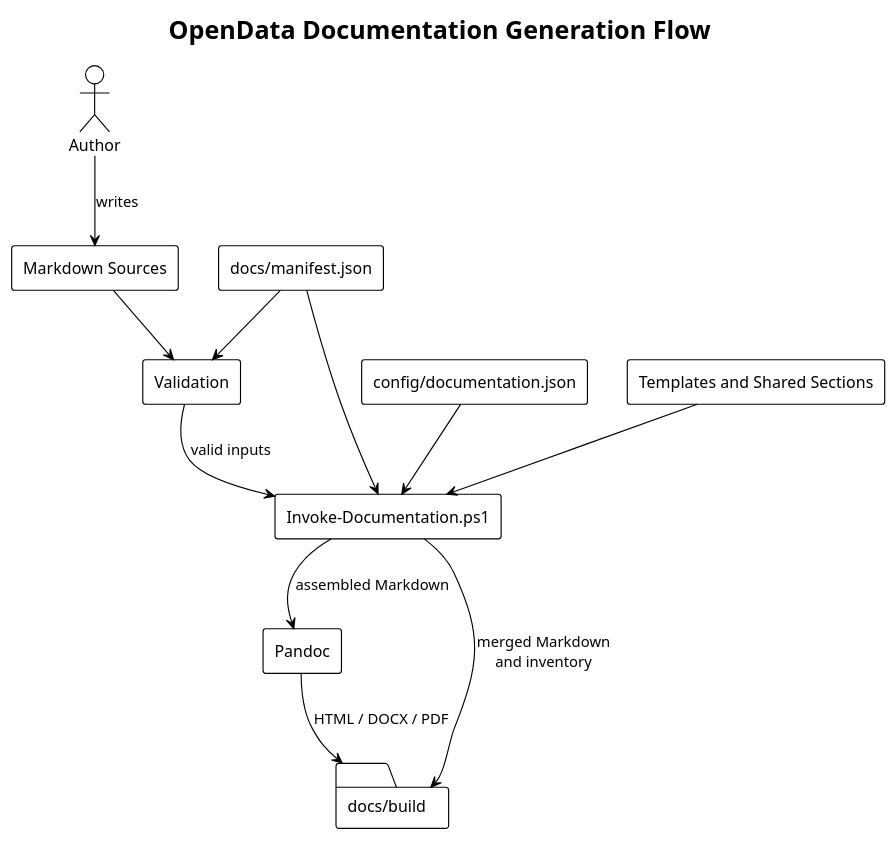
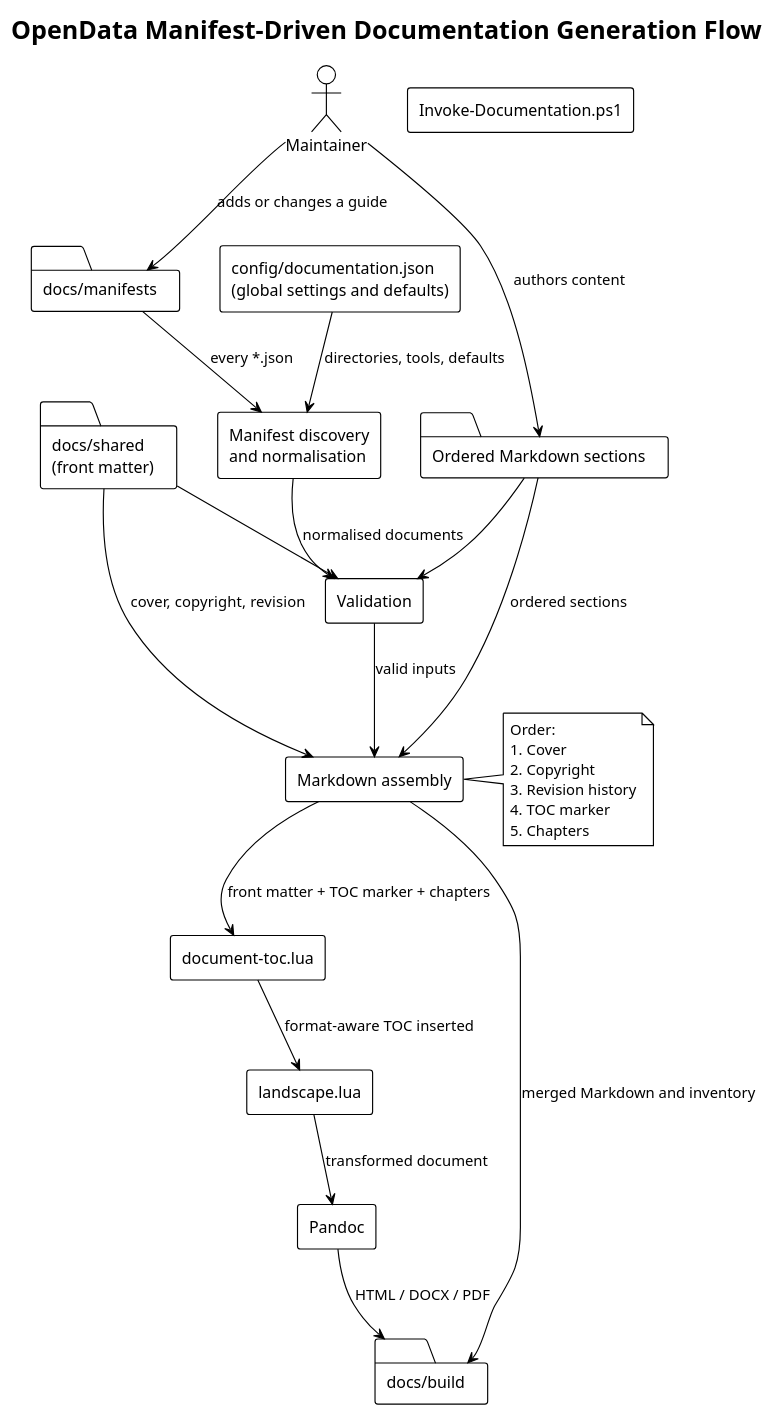
The diagram in docs/diagrams/source/documentation-generation-flow.puml (TerryCurranZellis/OpenData), drawn with PlantUML before and after one commit. The commit also changed 47 other files, not shown here.

```diff
--- a/docs/diagrams/source/documentation-generation-flow.puml
+++ b/docs/diagrams/source/documentation-generation-flow.puml
@@ -1,25 +1,43 @@
 @startuml
 !theme plain
-title OpenData Documentation Generation Flow
+title OpenData Manifest-Driven Documentation Generation Flow
 
-actor Author
-rectangle "Markdown Sources" as Sources
-rectangle "docs/manifest.json" as Manifest
-rectangle "config/documentation.json" as Config
-rectangle "Invoke-Documentation.ps1" as Generator
-rectangle "Templates and Shared Sections" as Shared
+actor Maintainer
+folder "docs/manifests" as Manifests
+rectangle "config/documentation.json\n(global settings and defaults)" as Config
+folder "docs/shared\n(front matter)" as Shared
+folder "Ordered Markdown sections" as Sources
+rectangle "Invoke-Documentation.ps1" as Engine
+rectangle "Manifest discovery\nand normalisation" as Discovery
 rectangle "Validation" as Validation
+rectangle "Markdown assembly" as Assembly
+rectangle "document-toc.lua" as TocFilter
+rectangle "landscape.lua" as LayoutFilter
 rectangle "Pandoc" as Pandoc
 folder "docs/build" as Output
 
-Author --> Sources : writes
+Maintainer --> Manifests : adds or changes a guide
+Maintainer --> Sources : authors content
+Config --> Discovery : directories, tools, defaults
+Manifests --> Discovery : every *.json
+Discovery --> Validation : normalised documents
+Shared --> Validation
 Sources --> Validation
-Manifest --> Validation
-Config --> Generator
-Manifest --> Generator
-Shared --> Generator
-Validation --> Generator : valid inputs
-Generator --> Pandoc : assembled Markdown
+Validation --> Assembly : valid inputs
+Shared --> Assembly : cover, copyright, revision
+Sources --> Assembly : ordered sections
+Assembly --> TocFilter : front matter + TOC marker + chapters
+TocFilter --> LayoutFilter : format-aware TOC inserted
+LayoutFilter --> Pandoc : transformed document
 Pandoc --> Output : HTML / DOCX / PDF
-Generator --> Output : merged Markdown\nand inventory
+Assembly --> Output : merged Markdown and inventory
+
+note right of Assembly
+Order:
+1. Cover
+2. Copyright
+3. Revision history
+4. TOC marker
+5. Chapters
+end note
 @enduml
```
